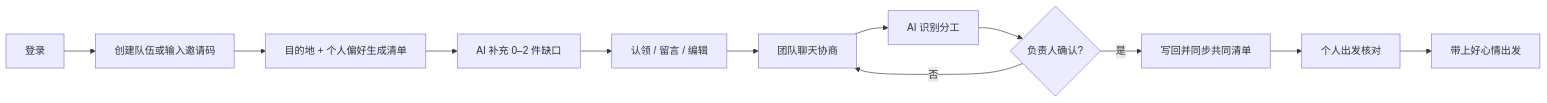
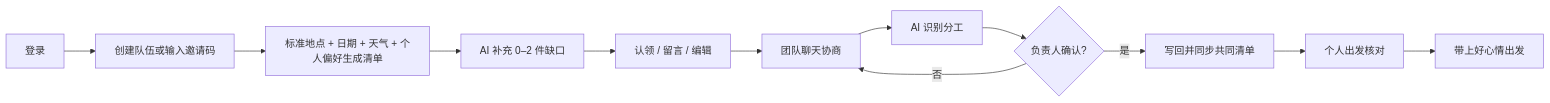
One commit to candy-zy/daiqi-ai-packlist changed the first of 2 diagrams in README.md. Above: the diagram before and after it, drawn with Mermaid. The commit also changed other lines of this file and 2 other files, not shown here.

````diff
--- a/README.md
+++ b/README.md
@@ -108,14 +108,14 @@
 ```mermaid
 flowchart LR
   A[登录] --> B[创建队伍或输入邀请码]
-  B --> C[目的地 + 个人偏好生成清单]
+  B --> C[标准地点 + 日期 + 天气 + 个人偏好生成清单]
   C --> D[AI 补充 0–2 件缺口]
   D --> E[认领 / 留言 / 编辑]
   E --> F[团队聊天协商]
   F --> G[AI 识别分工]
   G --> H{负责人确认?}
   H -- 是 --> I[写回并同步共同清单]
   H -- 否 --> F
   I --> J[个人出发核对]
   J --> K[带上好心情出发]
 ```
````
